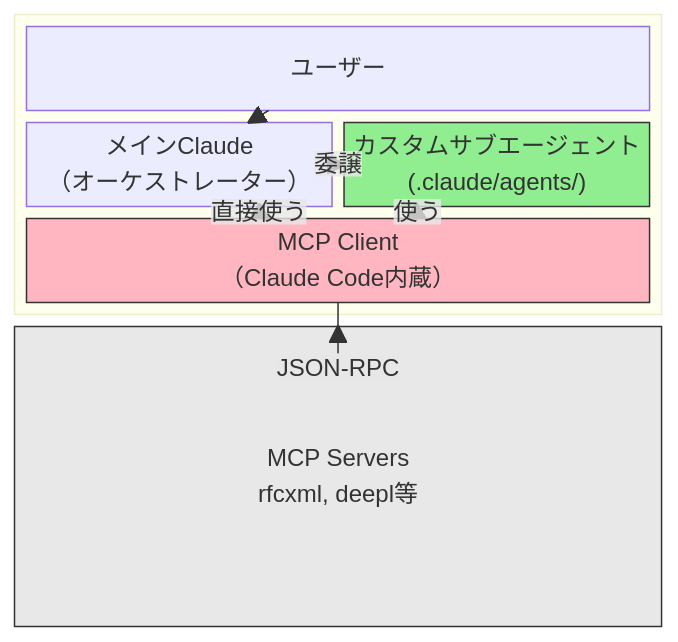
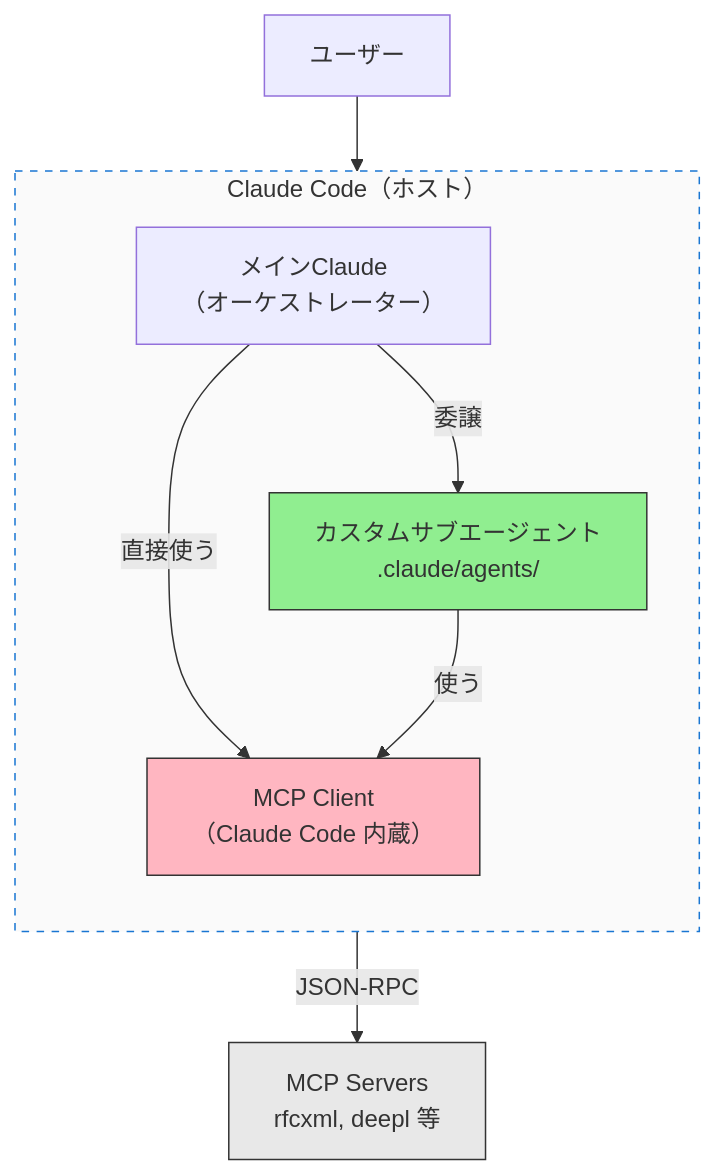
The first of 2 diagrams in docs/ja/agents/what-is-subagent.md (shuji-bonji/ai-agent-architecture), drawn with Mermaid before and after one commit. The commit also changed other lines of this file and 8 other files, not shown here.

````diff
--- a/docs/ja/agents/what-is-subagent.md
+++ b/docs/ja/agents/what-is-subagent.md
@@ -65,23 +67,25 @@
 ```mermaid
-block-beta
-    columns 2
+flowchart TB
+    USER["ユーザー"]
 
-    block:CLAUDE_CODE:2
-        columns 2
-        USER["ユーザー"]:2
-        MAIN["メインClaude\n（オーケストレーター）"]:1 SUBAGENT["カスタムサブエージェント\n(.claude/agents/)"]:1
-        MCP_CLIENT["MCP Client\n（Claude Code内蔵）"]:2
+    subgraph CLAUDE_CODE["Claude Code（ホスト）"]
+        direction TB
+        MAIN["メインClaude<br/>（オーケストレーター）"]
+        SUBAGENT["カスタムサブエージェント<br/>.claude/agents/"]
+        MCP_CLIENT["MCP Client<br/>（Claude Code 内蔵）"]
+
+        MAIN -->|委譲| SUBAGENT
+        MAIN -->|直接使う| MCP_CLIENT
+        SUBAGENT -->|使う| MCP_CLIENT
     end
 
-    MCP_SERVERS["MCP Servers<br>rfcxml, deepl等"]:2
+    MCP_SERVERS["MCP Servers<br/>rfcxml, deepl 等"]
 
     USER --> MAIN
-    MAIN --"委譲"--> SUBAGENT
-    SUBAGENT --"使う"--> MCP_CLIENT
-    MAIN --"直接使う"--> MCP_CLIENT
-    MCP_CLIENT --"JSON-RPC"--> MCP_SERVERS
+    MCP_CLIENT -->|JSON-RPC| MCP_SERVERS
 
+    style SUBAGENT fill:#90EE90,color:#333,stroke:#333
     style MCP_CLIENT fill:#FFB6C1,color:#333,stroke:#333
-    style SUBAGENT fill:#90EE90,color:#333,stroke:#333
     style MCP_SERVERS fill:#E8E8E8,color:#333,stroke:#333
+    style CLAUDE_CODE fill:#fafafa,stroke:#1976d2,stroke-dasharray: 5 5
 ```
````
